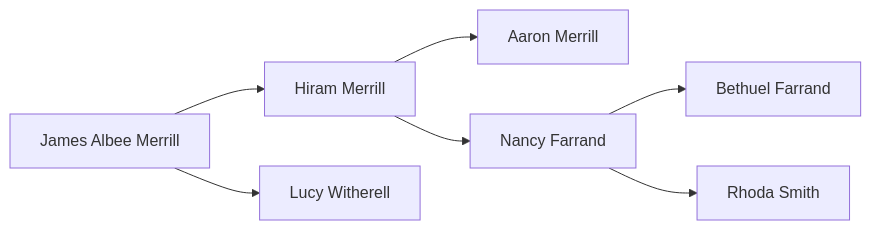
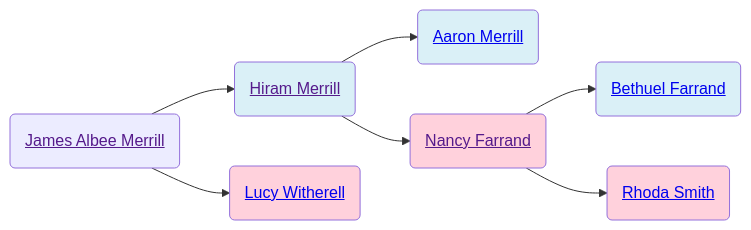
Before and after one commit to neelsmith/avocational: the diagram in familyhistory/sources/people/Merrill-line/James_Albee_Merrill.qmd, drawn with Mermaid. The commit also changed 71 other files, not shown here.

````diff
--- a/familyhistory/sources/people/Merrill-line/James_Albee_Merrill.qmd
+++ b/familyhistory/sources/people/Merrill-line/James_Albee_Merrill.qmd
@@ -19,9 +19,19 @@
 ```{mermaid}
 graph LR
-James_Albee_Merrill[James Albee Merrill] -->  Hiram_Merrill[Hiram Merrill]
-Hiram_Merrill[Hiram Merrill] -->  Aaron_Merrill[Aaron Merrill]
-Hiram_Merrill[Hiram Merrill]  --> Nancy_Farrand[Nancy Farrand]
-Nancy_Farrand[Nancy Farrand] -->  Bethuel_Farrand[Bethuel Farrand]
-Nancy_Farrand[Nancy Farrand]  --> Rhoda_Smith[Rhoda Smith]
-James_Albee_Merrill[James Albee Merrill]  --> Lucy_Witherell[Lucy Witherell]
+James_Albee_Merrill(<a href=''>James Albee Merrill</>) -->  Hiram_Merrill(<a href='./Hiram_Merrill.html'>Hiram Merrill</>)
+Hiram_Merrill(<a href=''>Hiram Merrill</>) -->  Aaron_Merrill(<a href='./Aaron_Merrill.html'>Aaron Merrill</>)
+class Aaron_Merrill father
+Hiram_Merrill(<a href=''>Hiram Merrill</>)  --> Nancy_Farrand(<a href='./Nancy_Farrand.html'>Nancy Farrand</>)
+Nancy_Farrand(<a href=''>Nancy Farrand</>) -->  Bethuel_Farrand(<a href='./White-line/Grandey/Bethuel_Farrand.html'>Bethuel Farrand</>)
+class Bethuel_Farrand father
+Nancy_Farrand(<a href=''>Nancy Farrand</>)  --> Rhoda_Smith(<a href='./Rhoda_Smith.html'>Rhoda Smith</>)
+class Rhoda_Smith mother
+class Nancy_Farrand mother
+class Hiram_Merrill father
+James_Albee_Merrill(<a href=''>James Albee Merrill</>)  --> Lucy_Witherell(<a href='./Lucy_Witherell.html'>Lucy Witherell</>)
+class Lucy_Witherell mother
+classDef mother fill:#ffd1dc
+classDef father fill:#daf0f7  
+classDef marriage fill:#ffffff
+
 ```
````
